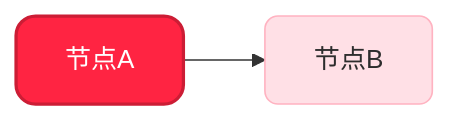
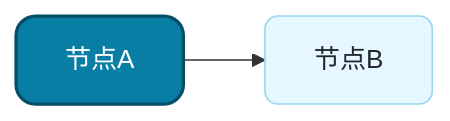
Before and after one commit to MAGO-Yong/mago-claw: the third of 9 diagrams in skills/pretty-mermaid/SKILL.md, drawn with Mermaid. The commit also changed other lines of this file and 236 other files, not shown here.

````diff
--- a/skills/pretty-mermaid/SKILL.md
+++ b/skills/pretty-mermaid/SKILL.md
@@ -247,6 +234,6 @@
 ```mermaid
 flowchart LR
     A[节点A] --> B[节点B]
-    style A fill:#FF2442,stroke:#CC1D35,color:#fff,stroke-width:2px,rx:12,ry:12
-    style B fill:#FFE0E6,stroke:#FFB3C1,color:#2D2D2D,rx:8,ry:8
+    style A fill:#087EA4,stroke:#044E68,color:#fff,stroke-width:2px,rx:12,ry:12
+    style B fill:#E6F7FF,stroke:#99D6F0,color:#23272F,rx:8,ry:8
 ```
````
